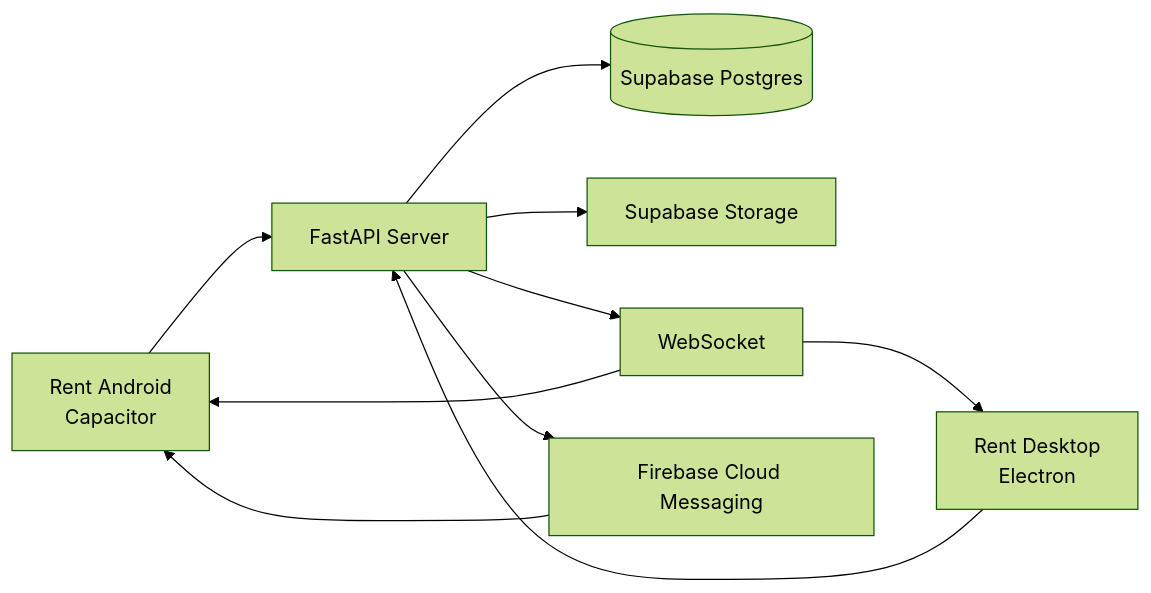
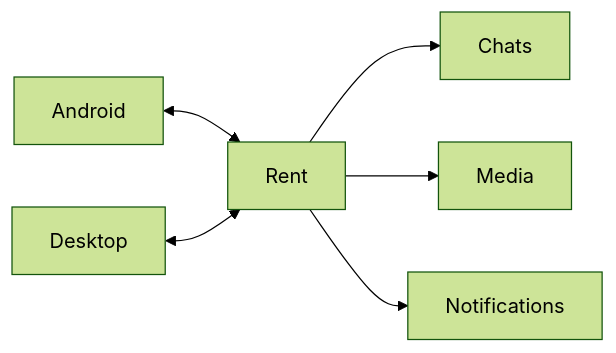
One commit to iisli/Rent-Messenger changed the diagram in ReadMe.md. Above: the diagram before and after it, drawn with Mermaid (forest theme). The commit also changed other lines of this file, not shown here.

````diff
--- a/ReadMe.md
+++ b/ReadMe.md
@@ -92,12 +92,8 @@
 ```mermaid
 flowchart LR
-    A[Rent Android<br/>Capacitor] --> C[FastAPI Server]
-    B[Rent Desktop<br/>Electron] --> C
-    C --> D[(Supabase Postgres)]
-    C --> E[Supabase Storage]
-    C --> F[WebSocket]
-    C --> G[Firebase Cloud Messaging]
-    F --> A
-    F --> B
-    G --> A
+    A[Android] <--> C[Rent]
+    B[Desktop] <--> C
+    C --> D[Chats]
+    C --> E[Media]
+    C --> F[Notifications]
 ```
````
